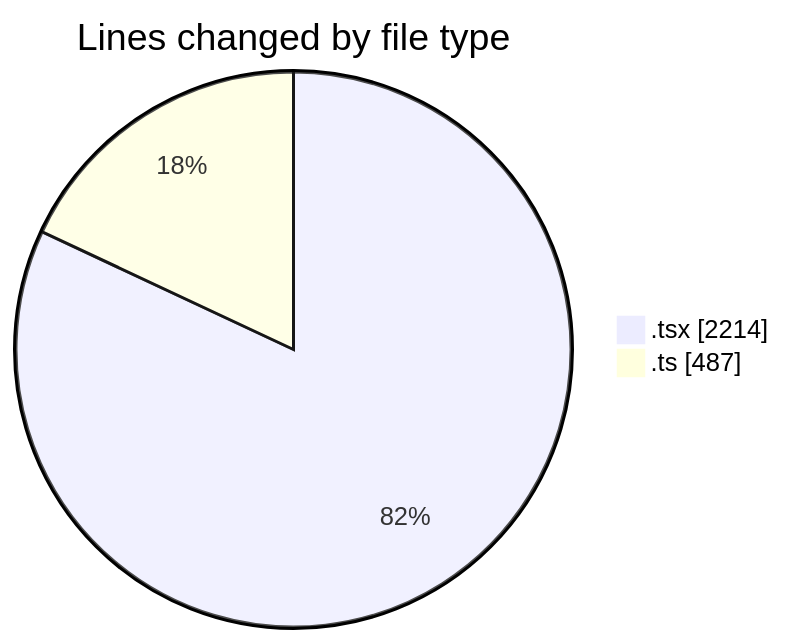
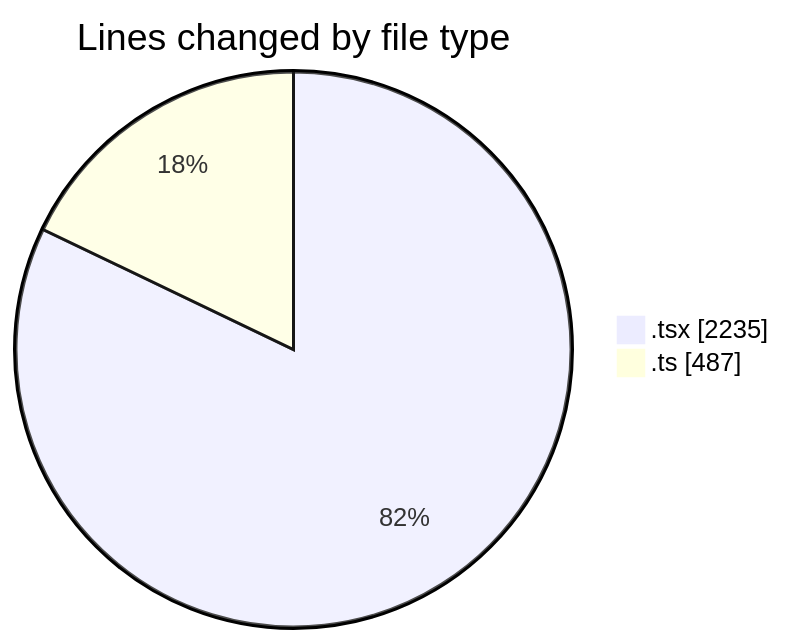
The first of 2 diagrams in 2026-03-31/nxtqube_webapp/README.md (nxtqubesakshisongat/code-tracking), drawn with Mermaid before and after one commit. The commit also changed other lines of this file and 1 other file, not shown here.

````diff
--- a/2026-03-31/nxtqube_webapp/README.md
+++ b/2026-03-31/nxtqube_webapp/README.md
@@ -23,6 +23,6 @@
 ```mermaid
 pie showData
 title Lines changed by file type
-".tsx" : 2214
+".tsx" : 2235
 ".ts" : 487
 ```
````
